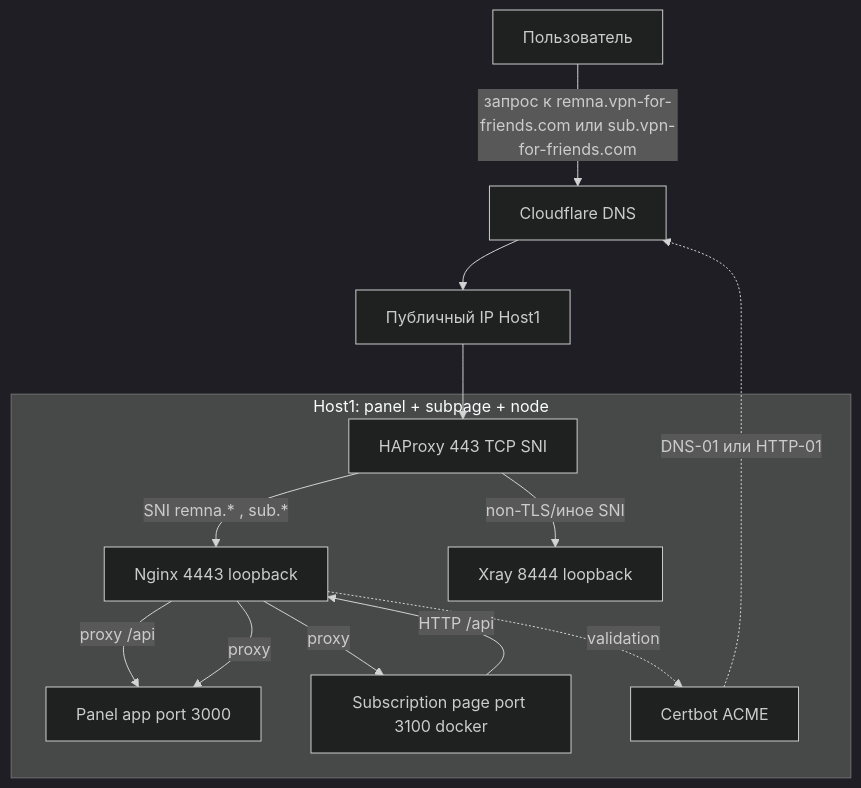
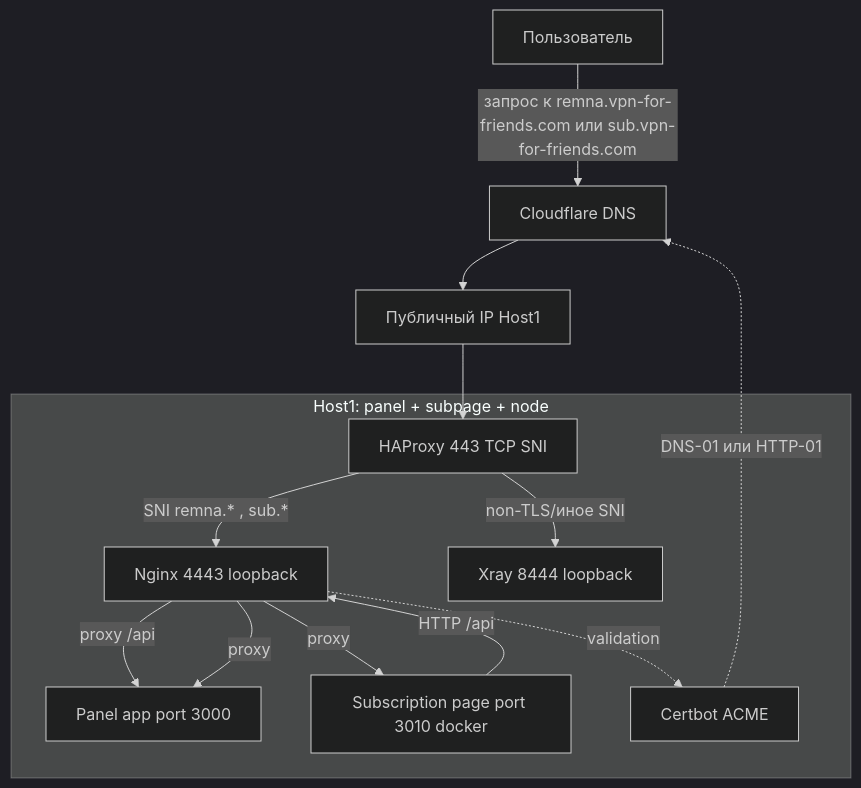
The first of 2 diagrams in README.md (ryabkov82/vff-remnawave-auto), drawn with Mermaid (dark theme) before and after one commit. The commit also changed other lines of this file and 38 other files, not shown here.

First line of the commit message:
feat: add blue-green subscription page v7 deployment

````diff
--- a/README.md
+++ b/README.md
@@ -310,29 +330,29 @@
 ```mermaid
 flowchart TB
   User[Пользователь] -->|запрос к remna.vpn-for-friends.com или sub.vpn-for-friends.com| CloudflareDNS[Cloudflare DNS]
   CloudflareDNS --> PublicIP_One[Публичный IP Host1]
 
   PublicIP_One --> HAProxy443
 
   subgraph Host1 [Host1: panel + subpage + node]
     HAProxy443[HAProxy 443 TCP SNI]
     Nginx4443[Nginx 4443 loopback]
     Xray8444[Xray 8444 loopback]
     Panel3000[Panel app port 3000]
-    Sub3100[Subscription page port 3100 docker]
+    Sub3010[Subscription page port 3010 docker]
     Certbot[Certbot ACME]
 
     HAProxy443 -->|SNI remna.* , sub.*| Nginx4443
     HAProxy443 -->|non-TLS/иное SNI| Xray8444
 
-    Sub3100 -->|HTTP /api| Nginx4443
+    Sub3010 -->|HTTP /api| Nginx4443
     Nginx4443 -->|proxy /api| Panel3000
 
     Nginx4443 -->|proxy| Panel3000
-    Nginx4443 -->|proxy| Sub3100
+    Nginx4443 -->|proxy| Sub3010
 
     Nginx4443 -. validation .-> Certbot
   end
 
   Certbot -. DNS-01 или HTTP-01 .-> CloudflareDNS
 ```
````
